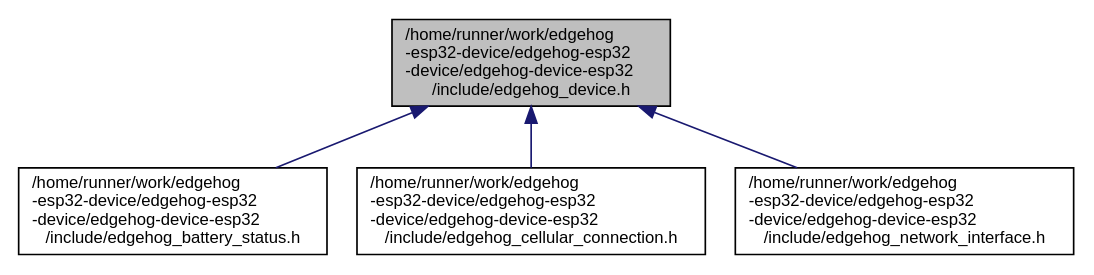
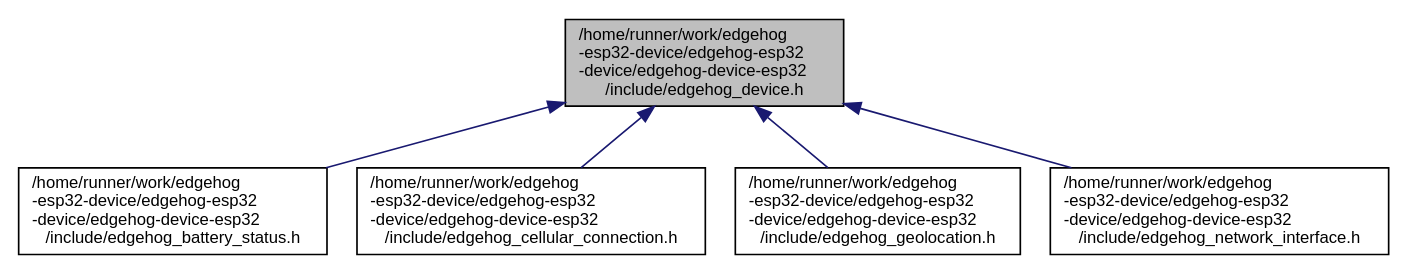
Before and after one commit to edgehog-device-manager/docs: the diagram in snapshot/device-sdks/esp32/edgehog__device_8h__dep__incl.dot, drawn with Graphviz. The commit also changed 28 other files, not shown here.

Commit message:
Update Edgehog ESP32 SDK documentation

```diff
--- a/snapshot/device-sdks/esp32/edgehog__device_8h__dep__incl.dot
+++ b/snapshot/device-sdks/esp32/edgehog__device_8h__dep__incl.dot
@@ -1,13 +1,15 @@
 digraph "/home/runner/work/edgehog-esp32-device/edgehog-esp32-device/edgehog-device-esp32/include/edgehog_device.h"
 {
  // LATEX_PDF_SIZE
   edge [fontname="Helvetica",fontsize="10",labelfontname="Helvetica",labelfontsize="10"];
   node [fontname="Helvetica",fontsize="10",shape=record];
   Node1 [label="/home/runner/work/edgehog\l-esp32-device/edgehog-esp32\l-device/edgehog-device-esp32\l/include/edgehog_device.h",height=0.2,width=0.4,color="black", fillcolor="grey75", style="filled", fontcolor="black",tooltip="Edgehog device SDK API."];
   Node1 -> Node2 [dir="back",color="midnightblue",fontsize="10",style="solid",fontname="Helvetica"];
   Node2 [label="/home/runner/work/edgehog\l-esp32-device/edgehog-esp32\l-device/edgehog-device-esp32\l/include/edgehog_battery_status.h",height=0.2,width=0.4,color="black", fillcolor="white", style="filled",URL="$edgehog__battery__status_8h.html",tooltip="Edgehog device battery status API."];
   Node1 -> Node3 [dir="back",color="midnightblue",fontsize="10",style="solid",fontname="Helvetica"];
   Node3 [label="/home/runner/work/edgehog\l-esp32-device/edgehog-esp32\l-device/edgehog-device-esp32\l/include/edgehog_cellular_connection.h",height=0.2,width=0.4,color="black", fillcolor="white", style="filled",URL="$edgehog__cellular__connection_8h.html",tooltip="Edgehog device cellular connection API."];
   Node1 -> Node4 [dir="back",color="midnightblue",fontsize="10",style="solid",fontname="Helvetica"];
-  Node4 [label="/home/runner/work/edgehog\l-esp32-device/edgehog-esp32\l-device/edgehog-device-esp32\l/include/edgehog_network_interface.h",height=0.2,width=0.4,color="black", fillcolor="white", style="filled",URL="$edgehog__network__interface_8h.html",tooltip="Edgehog device network interface API."];
+  Node4 [label="/home/runner/work/edgehog\l-esp32-device/edgehog-esp32\l-device/edgehog-device-esp32\l/include/edgehog_geolocation.h",height=0.2,width=0.4,color="black", fillcolor="white", style="filled",URL="$edgehog__geolocation_8h_source.html",tooltip=" "];
+  Node1 -> Node5 [dir="back",color="midnightblue",fontsize="10",style="solid",fontname="Helvetica"];
+  Node5 [label="/home/runner/work/edgehog\l-esp32-device/edgehog-esp32\l-device/edgehog-device-esp32\l/include/edgehog_network_interface.h",height=0.2,width=0.4,color="black", fillcolor="white", style="filled",URL="$edgehog__network__interface_8h.html",tooltip="Edgehog device network interface API."];
 }
```
